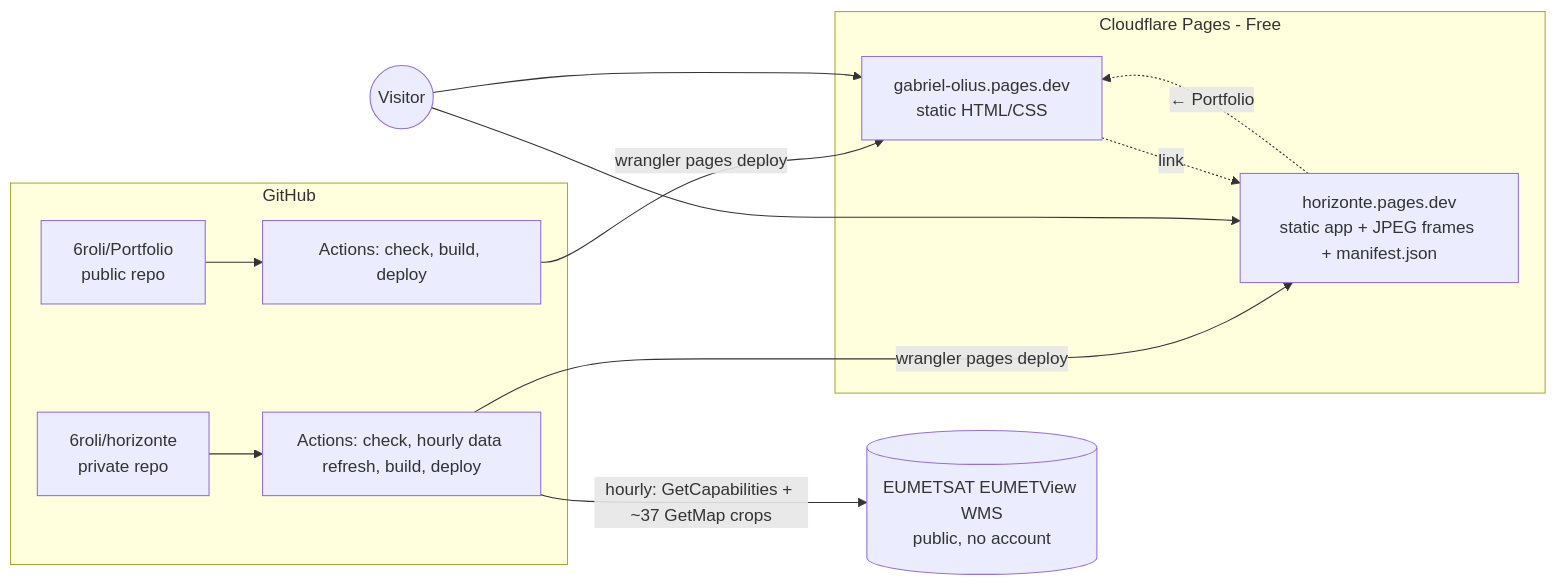
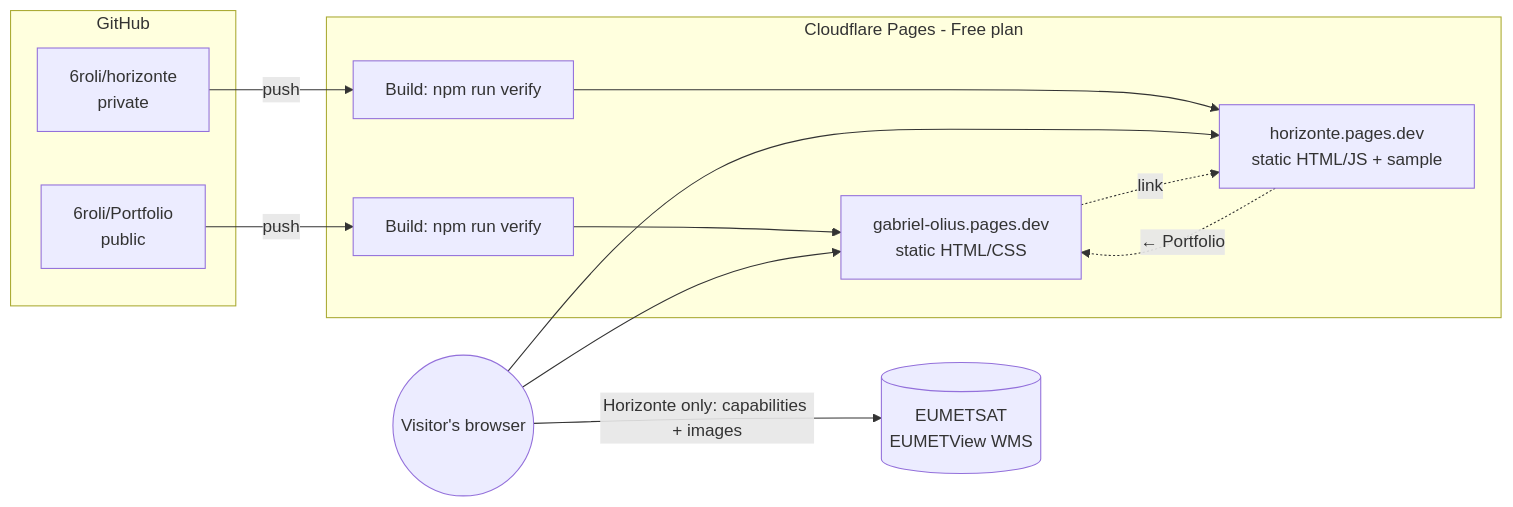
Before and after one commit to 6roli/Portfolio: the diagram in docs/architecture.md, drawn with Mermaid. The commit also changed other lines of this file and 9 other files, not shown here.

First line of the commit message:
Switch to local VS Code workflow and Cloudflare Pages Git integration

````diff
--- a/docs/architecture.md
+++ b/docs/architecture.md
@@ -6,27 +6,22 @@
 ```mermaid
 flowchart LR
   subgraph GitHub
-    P[6roli/Portfolio<br/>public repo]
-    H[6roli/horizonte<br/>private repo]
-    AP[Actions: check, build, deploy]
-    AH[Actions: check, hourly data refresh, build, deploy]
-    P --> AP
-    H --> AH
+    P[6roli/Portfolio<br/>public]
+    H[6roli/horizonte<br/>private]
   end
 
-  E[(EUMETSAT EUMETView WMS<br/>public, no account)]
-  AH -- "hourly: GetCapabilities + ~37 GetMap crops" --> E
-
-  subgraph Cloudflare Pages - Free
-    CP[gabriel-olius.pages.dev<br/>static HTML/CSS]
-    CH[horizonte.pages.dev<br/>static app + JPEG frames + manifest.json]
+  subgraph CF[Cloudflare Pages - Free plan]
+    BP[Build: npm run verify] --> SP[gabriel-olius.pages.dev<br/>static HTML/CSS]
+    BH[Build: npm run verify] --> SH[horizonte.pages.dev<br/>static HTML/JS + sample]
   end
 
-  AP -- wrangler pages deploy --> CP
-  AH -- wrangler pages deploy --> CH
+  P -- push --> BP
+  H -- push --> BH
 
-  V((Visitor)) --> CP
-  V --> CH
-  CP -. link .-> CH
-  CH -. "← Portfolio" .-> CP
+  V((Visitor's browser))
+  V --> SP
+  V --> SH
+  V -- "Horizonte only: capabilities + images" --> E[(EUMETSAT<br/>EUMETView WMS)]
+  SP -. link .-> SH
+  SH -. "← Portfolio" .-> SP
 ```
````
